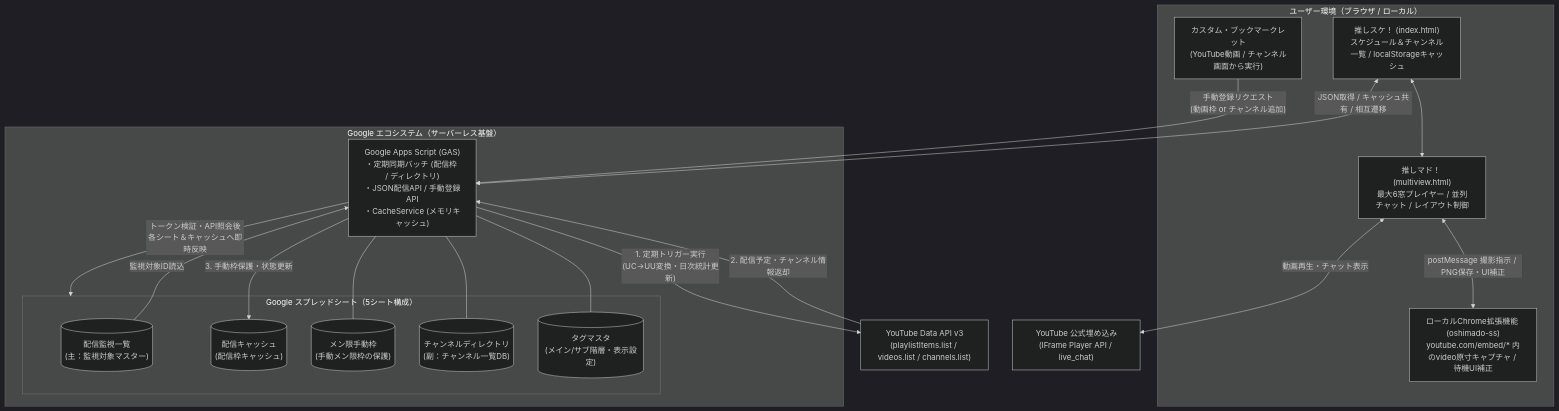
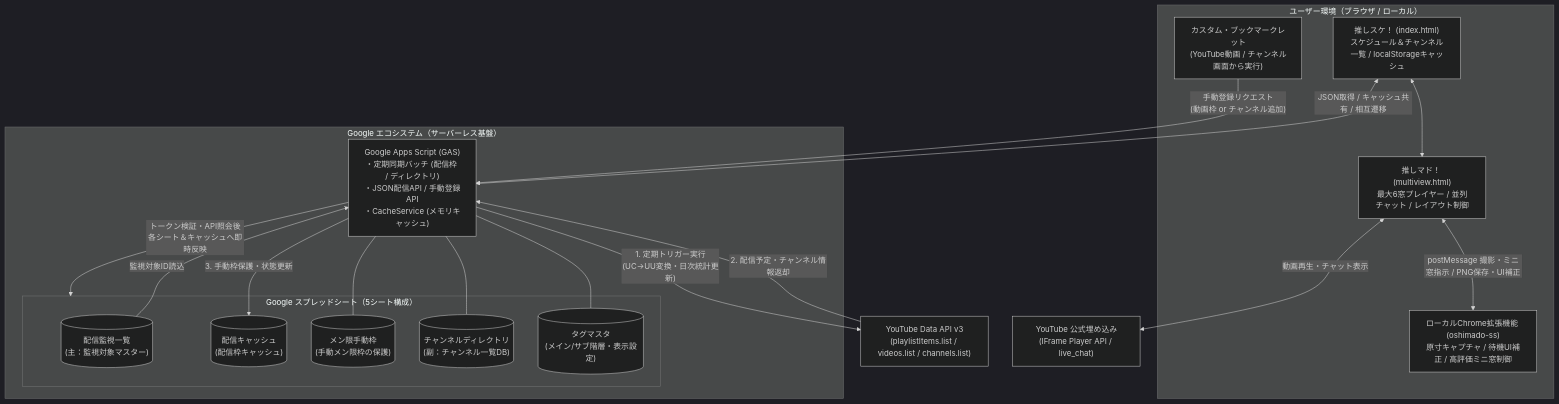
Before and after one commit to chimuncho/youtubelive-schedule-by-ch1munch0: the diagram in README.md, drawn with Mermaid (dark theme). The commit also changed other lines of this file, not shown here.

````diff
--- a/README.md
+++ b/README.md
@@ -23,42 +23,42 @@
 ```mermaid
 flowchart TD
     subgraph UserEnv["ユーザー環境（ブラウザ / ローカル）"]
         Web["推しスケ！ (index.html)<br/>スケジュール＆チャンネル一覧 / localStorageキャッシュ"]
         Multi["推しマド！ (multiview.html)<br/>最大6窓プレイヤー / 並列チャット / レイアウト制御"]
-        Ext["ローカルChrome拡張機能 (oshimado-ss)<br/>youtube.com/embed/* 内のvideo原寸キャプチャ / 待機UI補正"]
+        Ext["ローカルChrome拡張機能 (oshimado-ss)<br/>原寸キャプチャ / 待機UI補正 / 高評価ミニ窓制御"]
         BM["カスタム・ブックマークレット<br/>(YouTube動画 / チャンネル画面から実行)"]
     end
 
     subgraph GoogleEnv["Google エコシステム（サーバーレス基盤）"]
         GAS["Google Apps Script (GAS)<br/>・定期同期バッチ (配信枠 / ディレクトリ)<br/>・JSON配信API / 手動登録API<br/>・CacheService (メモリキャッシュ)"]
         subgraph Sheets["Google スプレッドシート（5シート構成）"]
             S1[("配信監視一覧<br/>(主：監視対象マスター)")]
             S2[("配信キャッシュ<br/>(配信枠キャッシュ)")]
             S3[("メン限手動枠<br/>(手動メン限枠の保護)")]
             S4[("チャンネルディレクトリ<br/>(副：チャンネル一覧DB)")]
             S5[("タグマスタ<br/>(メイン/サブ階層・表示設定)")]
         end
     end
 
     YT_API["YouTube Data API v3<br/>(playlistItems.list / videos.list / channels.list)"]
     YT_EMBED["YouTube 公式埋め込み<br/>(IFrame Player API / live_chat)"]
 
     %% 自動収集フロー
     S1 -- "監視対象ID読込" --> GAS
     GAS -- "1. 定期トリガー実行<br/>(UC→UU変換・日次統計更新)" --> YT_API
     YT_API -- "2. 配信予定・チャンネル情報返却" --> GAS
     GAS -- "3. 手動枠保護・状態更新" --> S2
     GAS --- S3
     GAS --- S4
     GAS --- S5
 
     %% 手動登録フロー
     BM -- "手動登録リクエスト<br/>(動画枠 or チャンネル追加)" --> GAS
     GAS -- "トークン検証・API照会後<br/>各シート＆キャッシュへ即時反映" --> Sheets
 
     %% 閲覧・複窓フロー
     Web <-- "JSON取得 / キャッシュ共有 / 相互遷移" --> GAS
     Web <--> Multi
     Multi <-- "動画再生・チャット表示" --> YT_EMBED
-    Multi <-- "postMessage 撮影指示 / PNG保存・UI補正" --> Ext
+    Multi <-- "postMessage 撮影・ミニ窓指示 / PNG保存・UI補正" --> Ext
 ```
````
